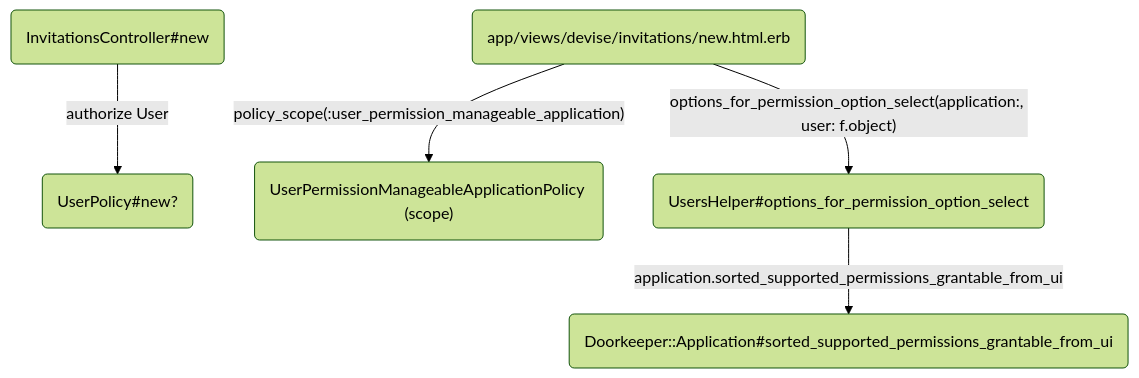
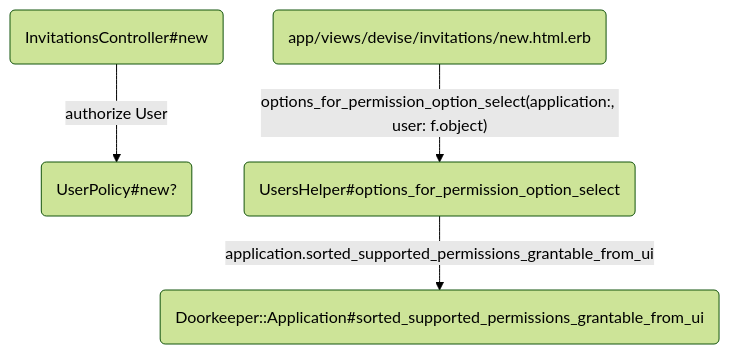
One commit to alphagov/signon changed diagram 11 of 12 in docs/access_and_permissions.md. Above: the diagram before and after it, drawn with Mermaid (forest theme). The commit also changed other lines of this file and 5 other files, not shown here.

First line of the commit message:
Remove `UserPermissionManageableApplicationPolicy`

````diff
--- a/docs/access_and_permissions.md
+++ b/docs/access_and_permissions.md
@@ -276,7 +274,6 @@
 ```mermaid
 flowchart TD
     A(InvitationsController#new) --authorize User--> B(UserPolicy#new?)
-    C(app/views/devise/invitations/new.html.erb) --policy_scope(:user_permission_manageable_application)--> D("UserPermissionManageableApplicationPolicy (scope)")
-    C --"options_for_permission_option_select(application:, user: f.object)"--> E(UsersHelper#options_for_permission_option_select)
-    E --application.sorted_supported_permissions_grantable_from_ui--> F(Doorkeeper::Application#sorted_supported_permissions_grantable_from_ui)
+    C(app/views/devise/invitations/new.html.erb) --"options_for_permission_option_select(application:, user: f.object)"--> D(UsersHelper#options_for_permission_option_select)
+    D --application.sorted_supported_permissions_grantable_from_ui--> E(Doorkeeper::Application#sorted_supported_permissions_grantable_from_ui)
 ```
````
